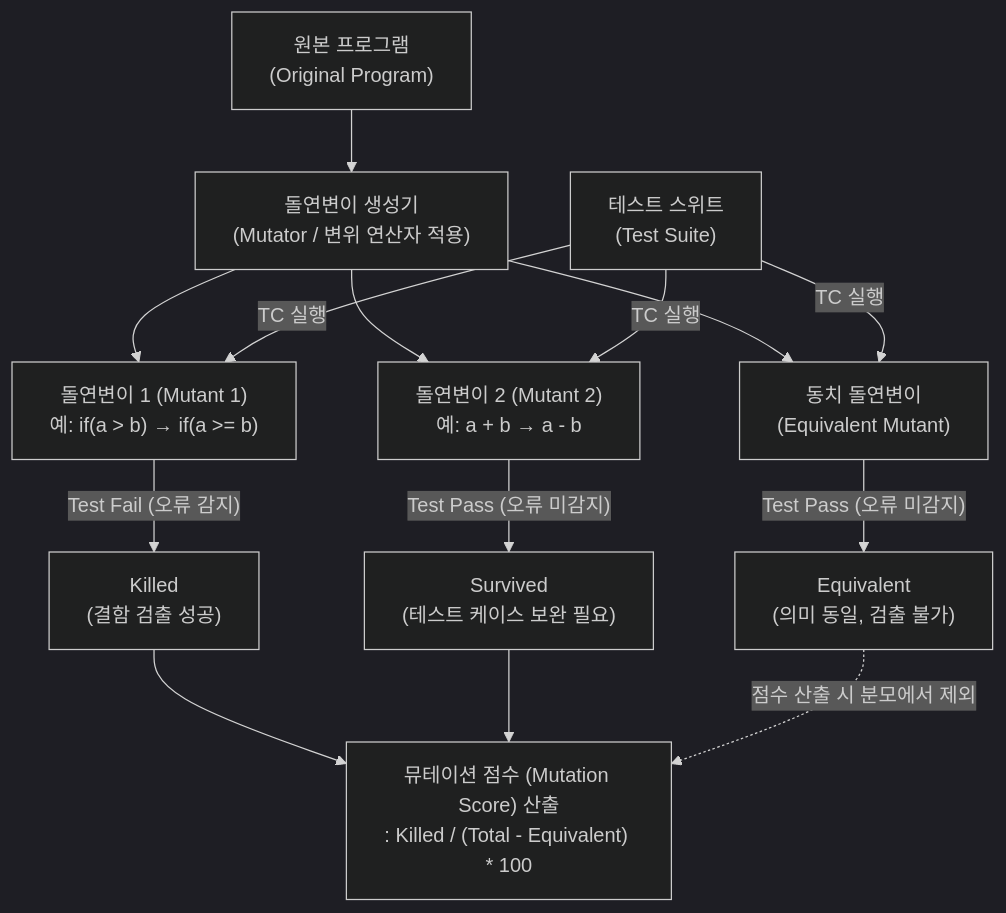
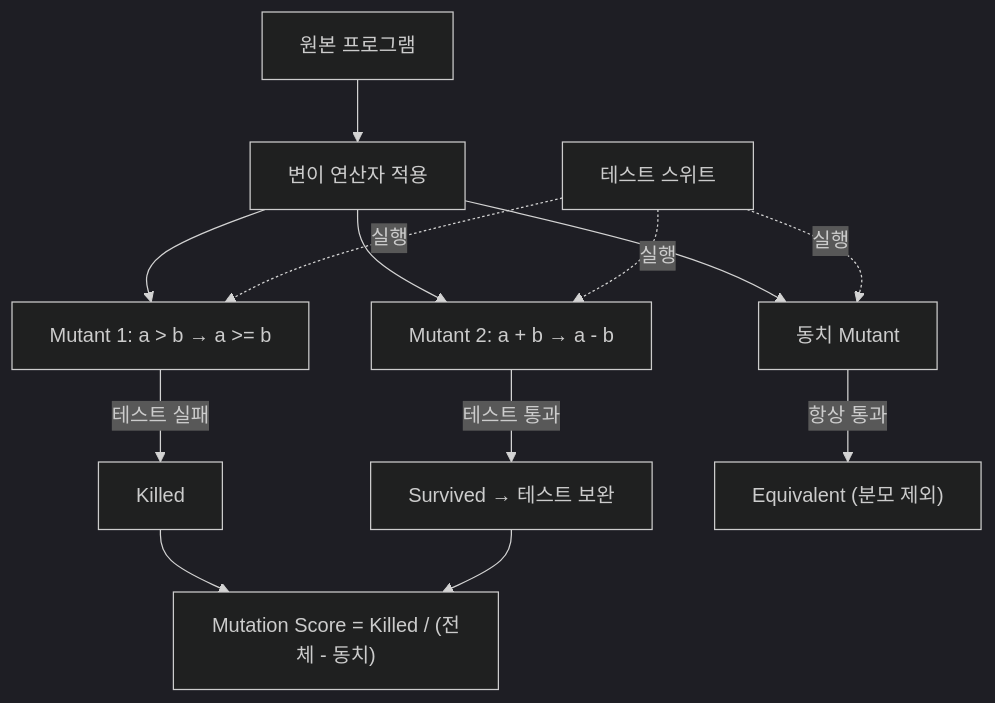
The diagram in content/01_IT Tech/뮤테이션 테스트.md (supremethumb/supremethumb.github.io), drawn with Mermaid (dark theme) before and after one commit. The commit also changed other lines of this file and 1087 other files, not shown here.

````diff
--- a/content/01_IT Tech/뮤테이션 테스트.md
+++ b/content/01_IT Tech/뮤테이션 테스트.md
@@ -29,26 +36,15 @@
 ```mermaid
 flowchart TD
-    Src["원본 프로그램<br/>(Original Program)"]
-    TC["테스트 스위트<br/>(Test Suite)"]
-    
-    Mutator["돌연변이 생성기<br/>(Mutator / 변위 연산자 적용)"]
-
-    Src --> Mutator
-    Mutator --> M1["돌연변이 1 (Mutant 1)<br/>예: if(a > b) → if(a >= b)"]
-    Mutator --> M2["돌연변이 2 (Mutant 2)<br/>예: a + b → a - b"]
-    Mutator --> M3["동치 돌연변이<br/>(Equivalent Mutant)"]
-
-    TC -->|TC 실행| M1
-    TC -->|TC 실행| M2
-    TC -->|TC 실행| M3
-
-    M1 -->|"Test Fail (오류 감지)"| K["Killed<br/>(결함 검출 성공)"]
-    M2 -->|"Test Pass (오류 미감지)"| S["Survived<br/>(테스트 케이스 보완 필요)"]
-    M3 -->|"Test Pass (오류 미감지)"| ES["Equivalent<br/>(의미 동일, 검출 불가)"]
-
-    K --> MS["뮤테이션 점수 (Mutation Score) 산출<br/>: Killed / (Total - Equivalent) * 100"]
-    S --> MS
-    ES -. "점수 산출 시 분모에서 제외" .-> MS
-
-
+    SRC["원본 프로그램"] --> MUT["변이 연산자 적용"]
+    MUT --> M1["Mutant 1: a > b → a >= b"]
+    MUT --> M2["Mutant 2: a + b → a - b"]
+    MUT --> M3["동치 Mutant"]
+    TS["테스트 스위트"] -. "실행" .-> M1
+    TS -. "실행" .-> M2
+    TS -. "실행" .-> M3
+    M1 -- "테스트 실패" --> K["Killed"]
+    M2 -- "테스트 통과" --> S["Survived → 테스트 보완"]
+    M3 -- "항상 통과" --> E["Equivalent (분모 제외)"]
+    K --> SC["Mutation Score = Killed / (전체 - 동치)"]
+    S --> SC
 ```
````
